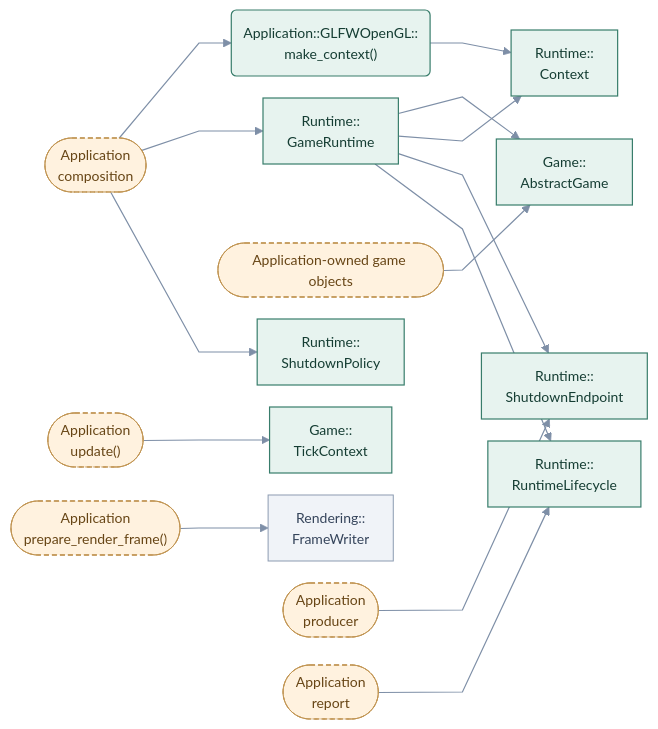
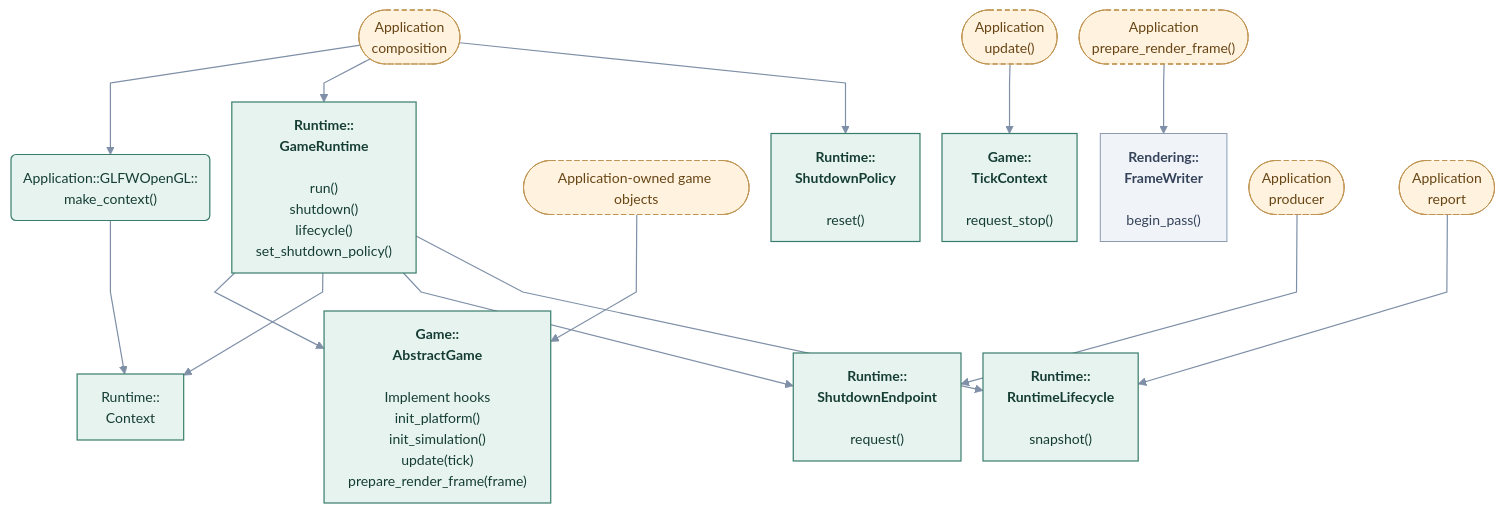
One commit to cppcooper/cheryl-engine changed the diagram in docs/site/engine-systems/diagrams/runtime-application.mmd. Above: the diagram before and after it, drawn with Mermaid. The commit also changed 25 other files, not shown here.

First line of the commit message:
Adds public method entry points to application diagrams

```diff
--- a/docs/site/engine-systems/diagrams/runtime-application.mmd
+++ b/docs/site/engine-systems/diagrams/runtime-application.mmd
@@ -1,49 +1,49 @@
 ---
 config:
   theme: base
   themeVariables:
     fontFamily: system-ui, sans-serif
     fontSize: 14px
   flowchart:
     htmlLabels: true
     curve: linear
     nodeSpacing: 22
     rankSpacing: 38
     padding: 12
 ---
-flowchart LR
+flowchart TB
     accTitle: Runtime · application composition
-    accDescr: Arrows point toward dependencies. Application roles are rounded; named API operations have rounded corners. Dashed arrows mark optional choices.
+    accDescr: Arrows point toward the API or type used, not call order or data flow. Methods beneath type names are selected application entry points; Implement hooks marks engine-invoked overrides. Dashed arrows mark optional choices.
     k0(["Application<br/>composition"]):::app
     k1("Application::GLFWOpenGL::<br/>make_context()"):::focal
     k2["Runtime::<br/>Context"]:::focal
-    k3["Runtime::<br/>GameRuntime"]:::focal
+    k3["<b>Runtime::<br/>GameRuntime</b><br/><br/>run()<br/>shutdown()<br/>lifecycle()<br/>set_shutdown_policy()"]:::focal
     k4(["Application-owned game objects"]):::app
-    k5["Game::<br/>AbstractGame"]:::focal
+    k5["<b>Game::<br/>AbstractGame</b><br/><br/>Implement hooks<br/>init_platform()<br/>init_simulation()<br/>update(tick)<br/>prepare_render_frame(frame)"]:::focal
     k6(["Application<br/>update()"]):::app
-    k7["Game::<br/>TickContext"]:::focal
+    k7["<b>Game::<br/>TickContext</b><br/><br/>request_stop()"]:::focal
     k8(["Application<br/>prepare_render_frame()"]):::app
-    k9["Rendering::<br/>FrameWriter"]:::neighbor
-    k10["Runtime::<br/>ShutdownPolicy"]:::focal
+    k9["<b>Rendering::<br/>FrameWriter</b><br/><br/>begin_pass()"]:::neighbor
+    k10["<b>Runtime::<br/>ShutdownPolicy</b><br/><br/>reset()"]:::focal
     k11(["Application<br/>producer"]):::app
-    k12["Runtime::<br/>ShutdownEndpoint"]:::focal
-    k13["Runtime::<br/>RuntimeLifecycle"]:::focal
+    k12["<b>Runtime::<br/>ShutdownEndpoint</b><br/><br/>request()"]:::focal
+    k13["<b>Runtime::<br/>RuntimeLifecycle</b><br/><br/>snapshot()"]:::focal
     k14(["Application<br/>report"]):::app
     k0 --> k1
     k1 --> k2
     k0 --> k3
     k4 --> k5
     k3 --> k5
     k3 --> k2
     k6 --> k7
     k8 --> k9
     k0 --> k10
     k11 --> k12
     k3 --> k12
     k3 --> k13
     k14 --> k13
     classDef focal fill:#e7f3ef,stroke:#387d6b,color:#153d33,stroke-width:1.2px
     classDef neighbor fill:#f0f3f8,stroke:#8c9bb1,color:#35445b,stroke-width:1px
     classDef app fill:#fff2df,stroke:#c09452,color:#674515,stroke-dasharray:5 3
     classDef system fill:#eaf0fc,stroke:#617fab,color:#263f69,stroke-width:1.2px
     linkStyle default stroke:#7e8fa7,stroke-width:1.2px
```
